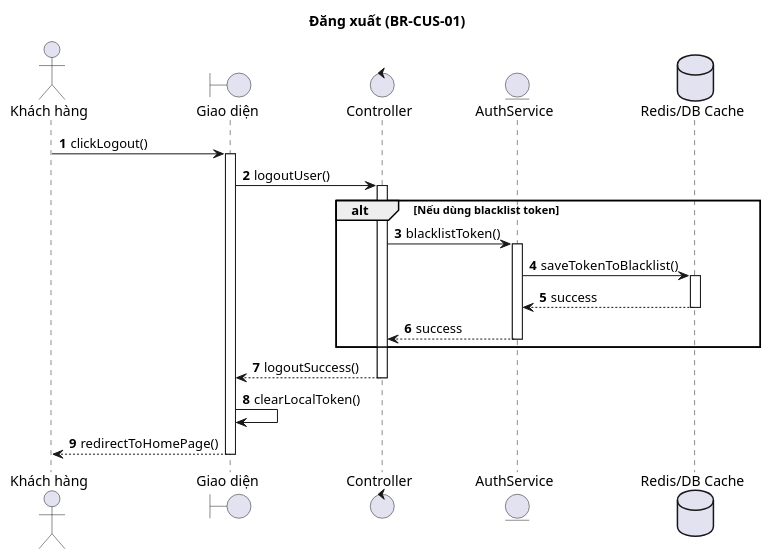
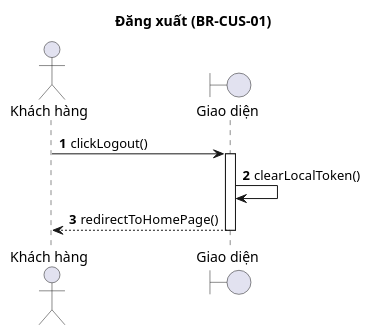
Before and after one commit to Ngo-The-Dat/e-voucher-system: the diagram in doc/sequence/KhachHang/Dang_xuat.wsd, drawn with PlantUML. The commit also changed 7 other files, not shown here.

Commit message:
docs: 📖 update customer sequence diagrams to remove internal DB interactions and match current implementation

```diff
--- a/doc/sequence/KhachHang/Dang_xuat.wsd
+++ b/doc/sequence/KhachHang/Dang_xuat.wsd
@@ -1,32 +1,13 @@
 @startuml
 title Đăng xuất (BR-CUS-01)
 
 autonumber
 actor "Khách hàng" as KH
 boundary "Giao diện" as UI
-control "Controller" as Controller
 
 KH -> UI : clickLogout()
 activate UI
-UI -> Controller : logoutUser()
-activate Controller
-
-alt Nếu dùng blacklist token
-    entity "AuthService" as Service
-    database "Redis/DB Cache" as Cache
-    Controller -> Service : blacklistToken()
-    activate Service
-    Service -> Cache : saveTokenToBlacklist()
-    activate Cache
-    Cache --> Service : success
-    deactivate Cache
-    Service --> Controller : success
-    deactivate Service
-end
-
-Controller --> UI : logoutSuccess()
-deactivate Controller
 UI -> UI : clearLocalToken()
 UI --> KH : redirectToHomePage()
 deactivate UI
 @enduml
```
